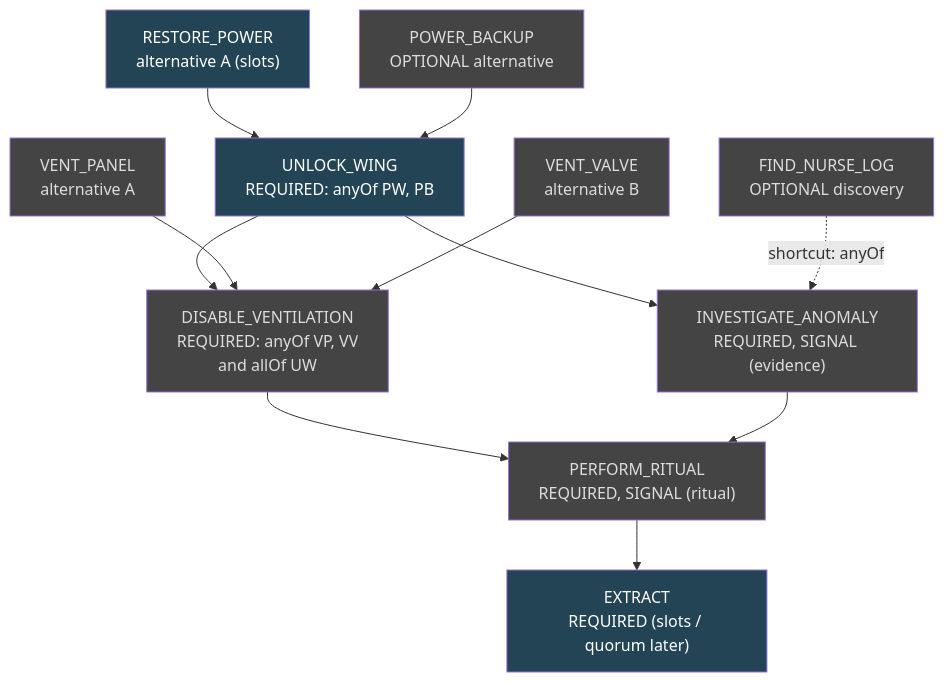
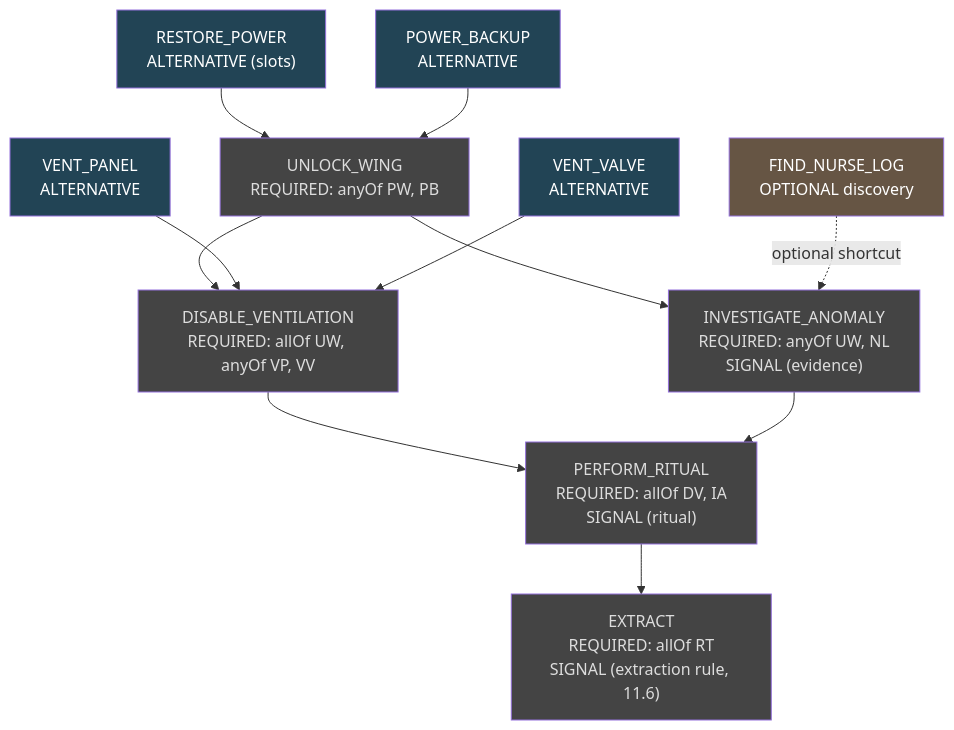
Before and after one commit to ThisIsEnzo/THE-LAST-TURN: the sixth of 6 diagrams in docs/TTL-09_OBJECTIVE_SYSTEM.md, drawn with Mermaid. The commit also changed other lines of this file and 1 other file, not shown here.

First line of the commit message:
docs(ttl-09): address PR #20 architecture review

````diff
--- a/docs/TTL-09_OBJECTIVE_SYSTEM.md
+++ b/docs/TTL-09_OBJECTIVE_SYSTEM.md
@@ -754,28 +870,30 @@
 ```mermaid
 flowchart TD
-    PW["RESTORE_POWER<br/>alternative A (slots)"]
-    PB["POWER_BACKUP<br/>OPTIONAL alternative"]
+    PW["RESTORE_POWER<br/>ALTERNATIVE (slots)"]
+    PB["POWER_BACKUP<br/>ALTERNATIVE"]
     UW["UNLOCK_WING<br/>REQUIRED: anyOf PW, PB"]
-    VP["VENT_PANEL<br/>alternative A"]
-    VV["VENT_VALVE<br/>alternative B"]
-    DV["DISABLE_VENTILATION<br/>REQUIRED: anyOf VP, VV<br/>and allOf UW"]
-    IA["INVESTIGATE_ANOMALY<br/>REQUIRED, SIGNAL (evidence)"]
+    VP["VENT_PANEL<br/>ALTERNATIVE"]
+    VV["VENT_VALVE<br/>ALTERNATIVE"]
+    DV["DISABLE_VENTILATION<br/>REQUIRED: allOf UW, anyOf VP, VV"]
+    IA["INVESTIGATE_ANOMALY<br/>REQUIRED: anyOf UW, NL<br/>SIGNAL (evidence)"]
     NL["FIND_NURSE_LOG<br/>OPTIONAL discovery"]
-    RT["PERFORM_RITUAL<br/>REQUIRED, SIGNAL (ritual)"]
-    EX["EXTRACT<br/>REQUIRED (slots / quorum later)"]
+    RT["PERFORM_RITUAL<br/>REQUIRED: allOf DV, IA<br/>SIGNAL (ritual)"]
+    EX["EXTRACT<br/>REQUIRED: allOf RT<br/>SIGNAL (extraction rule, 11.6)"]
 
     PW --> UW
     PB --> UW
     UW --> DV
     VP --> DV
     VV --> DV
     UW --> IA
-    NL -. shortcut: anyOf .-> IA
+    NL -. optional shortcut .-> IA
     DV --> RT
     IA --> RT
     RT --> EX
-    classDef slice fill:#245,color:#fff
+    classDef alt fill:#245,color:#fff
     classDef later fill:#444,color:#ddd
-    class PW,UW,EX slice
-    class PB,VP,VV,DV,IA,NL,RT later
+    classDef opt fill:#654,color:#fff
+    class PW,PB,VP,VV alt
+    class UW,DV,IA,RT,EX later
+    class NL opt
 ```
````
